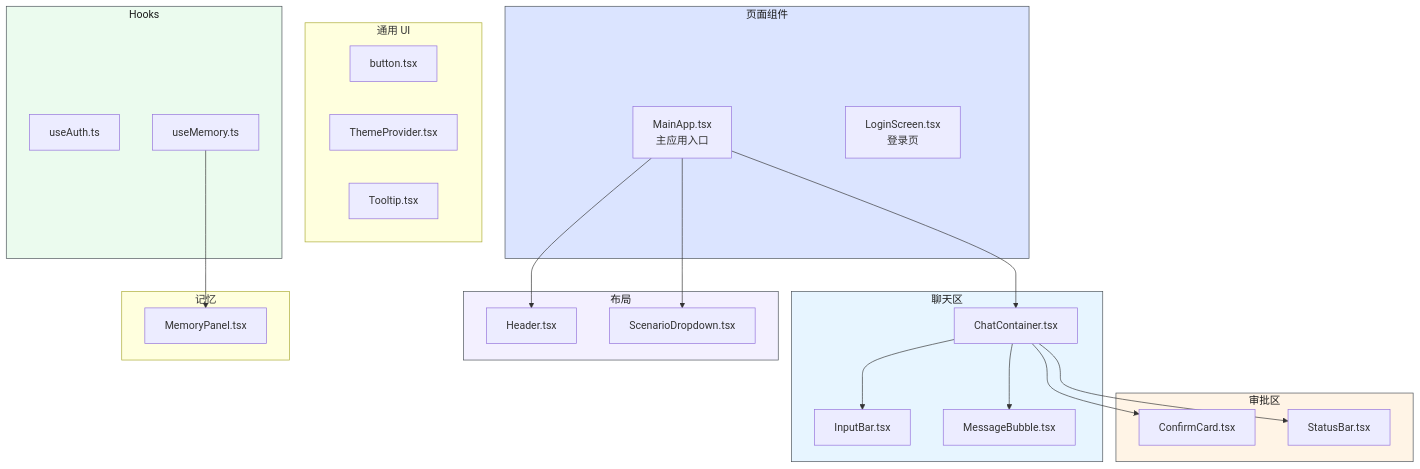
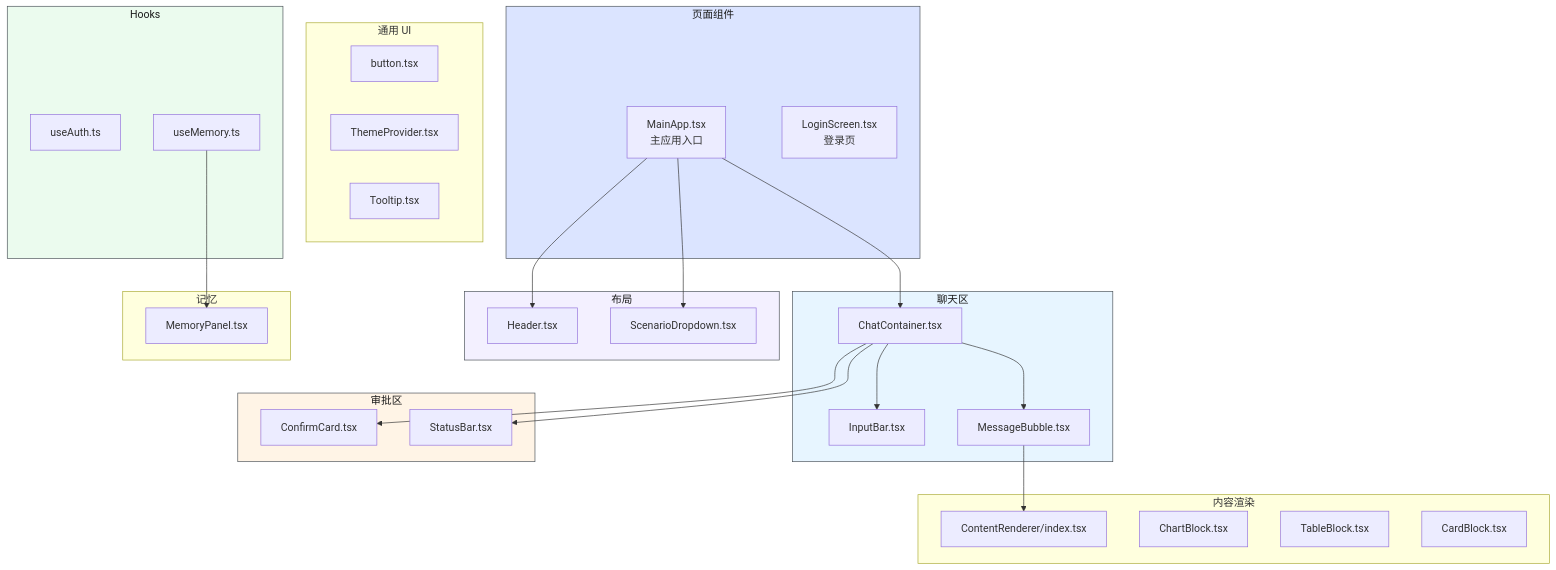
One commit to yjzaaa/leave-approval-agent changed the first of 3 diagrams in src/views/CLAUDE.md. Above: the diagram before and after it, drawn with Mermaid. The commit also changed other lines of this file and 3 other files, not shown here.

Commit message:
docs: 更新 CLAUDE.md 反映 finance-query 场景 + ContentRenderer + datasource 架构

````diff
--- a/src/views/CLAUDE.md
+++ b/src/views/CLAUDE.md
@@ -59,54 +64,62 @@
 ```mermaid
 graph TD
     subgraph Pages["页面组件"]
         MainApp["MainApp.tsx<br/>主应用入口"]
         Login["LoginScreen.tsx<br/>登录页"]
     end
 
     subgraph Chat["聊天区"]
         ChatContainer["ChatContainer.tsx"]
         InputBar["InputBar.tsx"]
         MessageBubble["MessageBubble.tsx"]
+    end
+
+    subgraph ContentRender["内容渲染"]
+        ContentRenderer["ContentRenderer/index.tsx"]
+        ChartBlock["ChartBlock.tsx"]
+        TableBlock["TableBlock.tsx"]
+        CardBlock["CardBlock.tsx"]
     end
 
     subgraph Approval["审批区"]
         ConfirmCard["ConfirmCard.tsx"]
         StatusBar["StatusBar.tsx"]
     end
 
     subgraph Layout["布局"]
         Header["Header.tsx"]
         ScenarioDD["ScenarioDropdown.tsx"]
     end
 
     subgraph Memory["记忆"]
         MemPanel["MemoryPanel.tsx"]
     end
 
     subgraph UI["通用 UI"]
         Button["button.tsx"]
         Theme["ThemeProvider.tsx"]
         Tooltip["Tooltip.tsx"]
     end
 
     subgraph Hooks["Hooks"]
         useAuth["useAuth.ts"]
         useMemory["useMemory.ts"]
     end
 
     MainApp --> ChatContainer
     MainApp --> Header
     MainApp --> ScenarioDD
+    ChatContainer --> MessageBubble
+    MessageBubble --> ContentRenderer
     ChatContainer --> InputBar
-    ChatContainer --> MessageBubble
     ChatContainer --> ConfirmCard
     ChatContainer --> StatusBar
 
     useMemory --> MemPanel
 
     style Pages fill:#dbe4ff,stroke:#495057,color:#1a1a1a
     style Chat fill:#e7f5ff,stroke:#495057,color:#1a1a1a
     style Approval fill:#fff4e6,stroke:#495057,color:#1a1a1a
     style Layout fill:#f3f0ff,stroke:#495057,color:#1a1a1a
     style Hooks fill:#ebfbee,stroke:#495057,color:#1a1a1a
 ```
````
